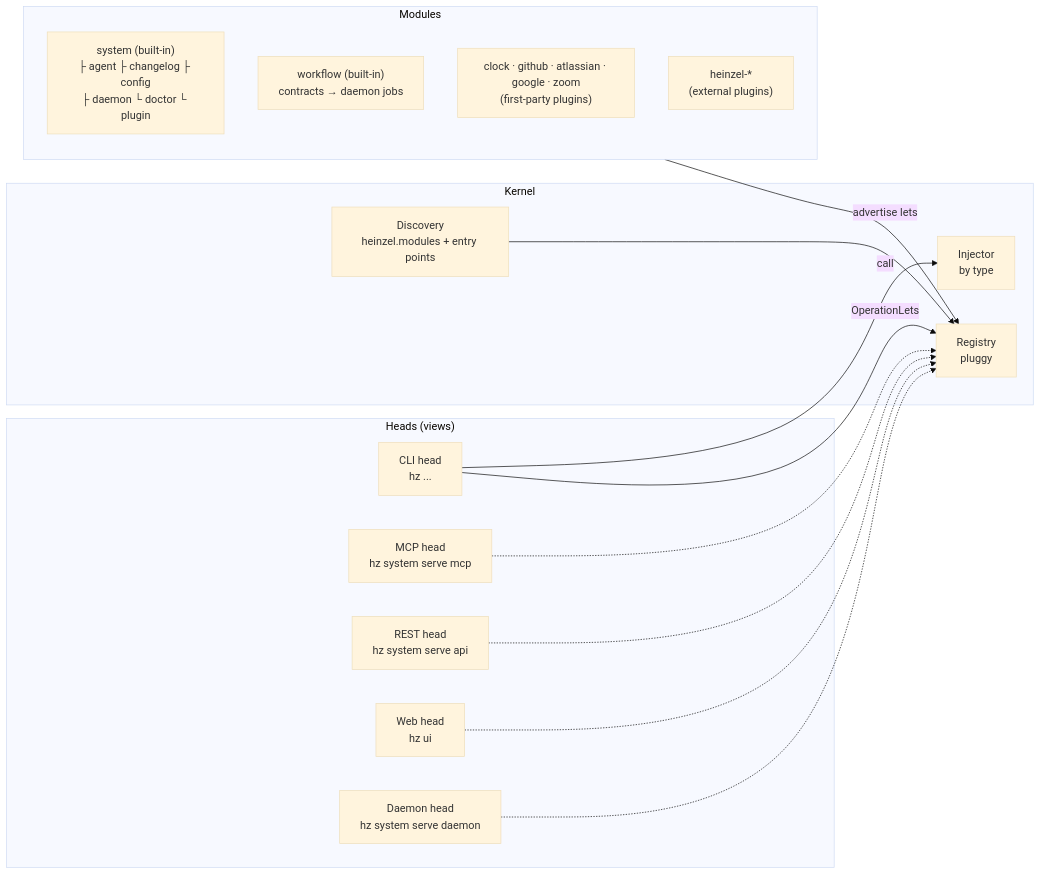
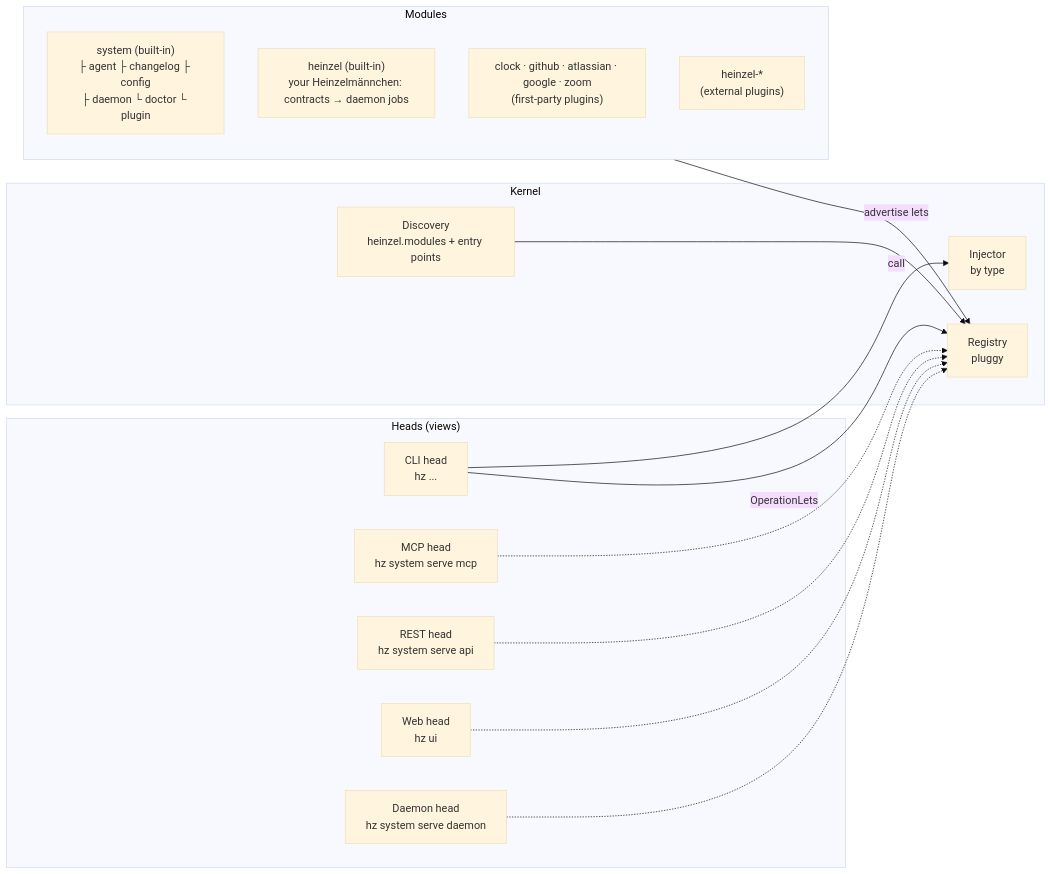
One commit to helmut-hoffer-von-ankershoffen/heinzel changed the diagram in docs/ARCHITECTURE.md. Above: the diagram before and after it, drawn with Mermaid (base theme). The commit also changed other lines of this file and 26 other files, not shown here.

Commit message:
feat(heinzel): hz heinzel list and the Heinzelmännchen page

````diff
--- a/docs/ARCHITECTURE.md
+++ b/docs/ARCHITECTURE.md
@@ -5,29 +5,29 @@
 ```mermaid
 flowchart LR
     subgraph Heads["Heads (views)"]
         CLI["CLI head<br/>hz ..."]
         MCP["MCP head<br/>hz system serve mcp"]
         REST["REST head<br/>hz system serve api"]
         Web["Web head<br/>hz ui"]
         Daemon["Daemon head<br/>hz system serve daemon"]
     end
     subgraph Kernel
         Discovery["Discovery<br/>heinzel.modules + entry points"]
         Registry["Registry<br/>pluggy"]
         Injector["Injector<br/>by type"]
     end
     subgraph Modules
         System["system (built-in)<br/>├ agent ├ changelog ├ config<br/>├ daemon └ doctor └ plugin"]
-        Workflow["workflow (built-in)<br/>contracts → daemon jobs"]
+        Heinzel["heinzel (built-in)<br/>your Heinzelmännchen: contracts → daemon jobs"]
         Clock["clock · github · atlassian · google · zoom<br/>(first-party plugins)"]
         Ext["heinzel-*<br/>(external plugins)"]
     end
     Discovery --> Registry
     Modules -- "advertise lets" --> Registry
     CLI -- "OperationLets" --> Registry
     MCP -.-> Registry
     REST -.-> Registry
     Web -.-> Registry
     Daemon -.-> Registry
     CLI -- "call" --> Injector
 ```
````
